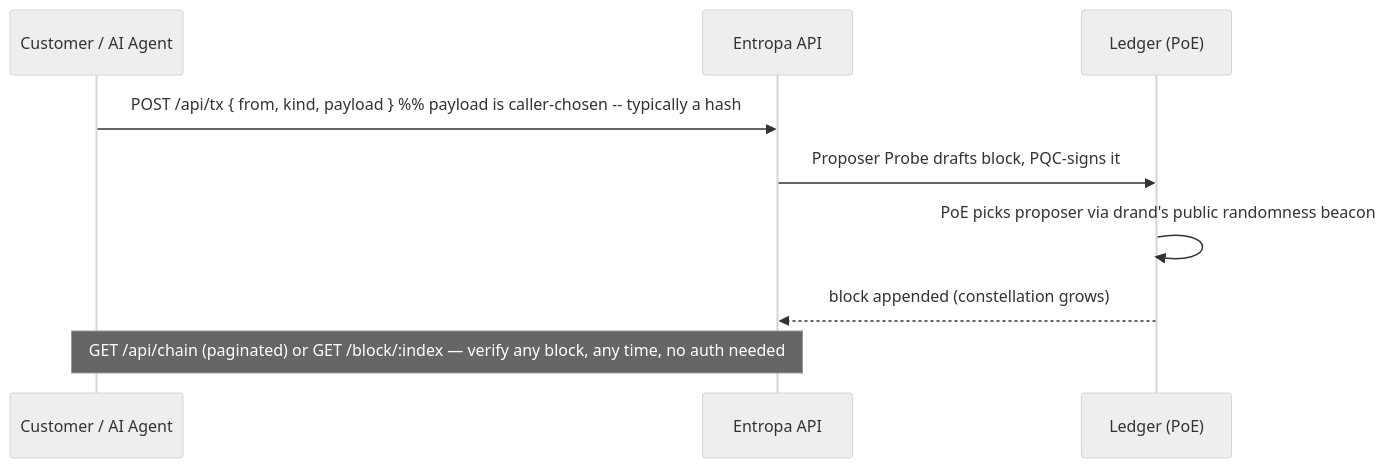
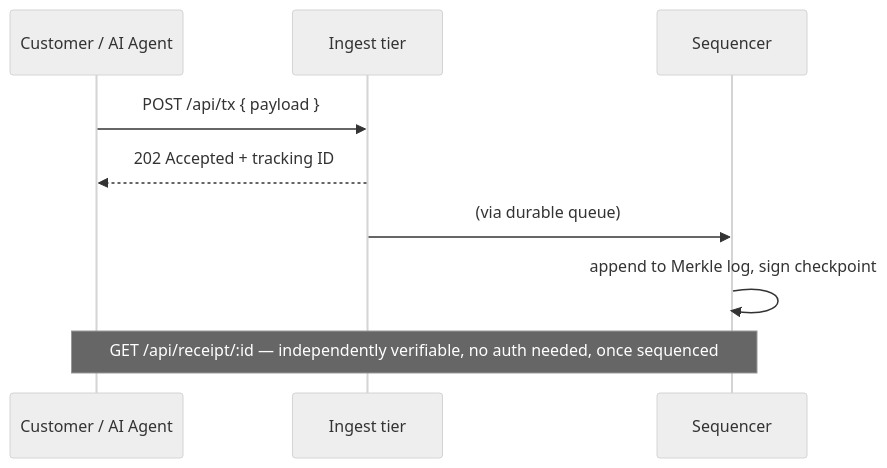
Before and after one commit to aimozart/entropa-public: the second of 2 diagrams in ARCHITECTURE.md, drawn with Mermaid (neutral theme). The commit also changed other lines of this file, not shown here.

First line of the commit message:
Update architecture diagram for the current Merkle-log + elastic-ingestion system

````diff
--- a/ARCHITECTURE.md
+++ b/ARCHITECTURE.md
@@ -51,11 +61,11 @@
 ```mermaid
 sequenceDiagram
   participant C as Customer / AI Agent
-  participant E as Entropa API
-  participant L as Ledger (PoE)
-  C->>E: POST /api/tx { from, kind, payload }   %% payload is caller-chosen -- typically a hash
-  E->>L: Proposer Probe drafts block, PQC-signs it
-  L->>L: PoE picks proposer via drand's public randomness beacon
-  L-->>E: block appended (constellation grows)
-  Note over C,E: GET /api/chain (paginated) or GET /block/:index — verify any block, any time, no auth needed
+  participant I as Ingest tier
+  participant S as Sequencer
+  C->>I: POST /api/tx { payload }
+  I-->>C: 202 Accepted + tracking ID
+  I->>S: (via durable queue)
+  S->>S: append to Merkle log, sign checkpoint
+  Note over C,S: GET /api/receipt/:id — independently verifiable, no auth needed, once sequenced
 ```
````
